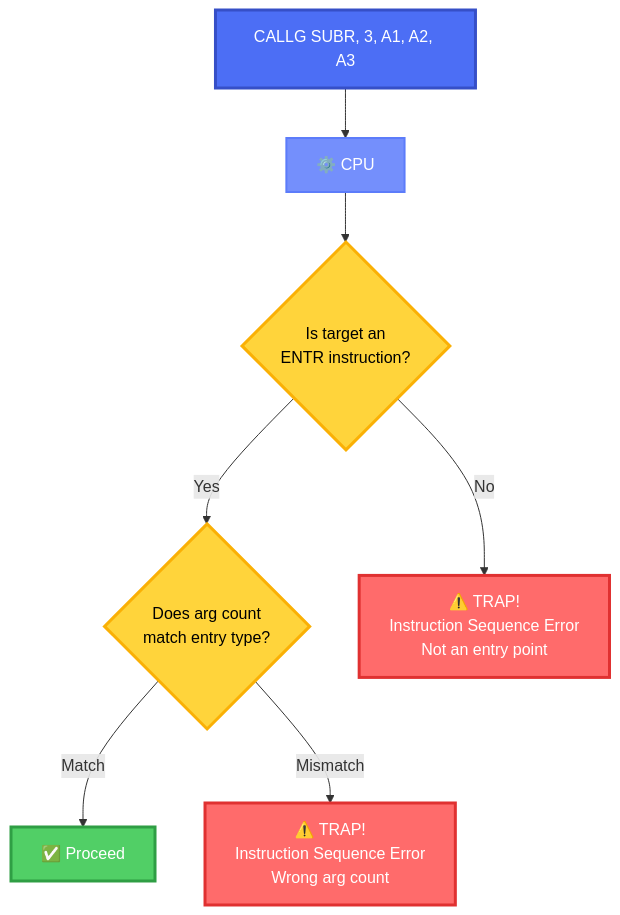
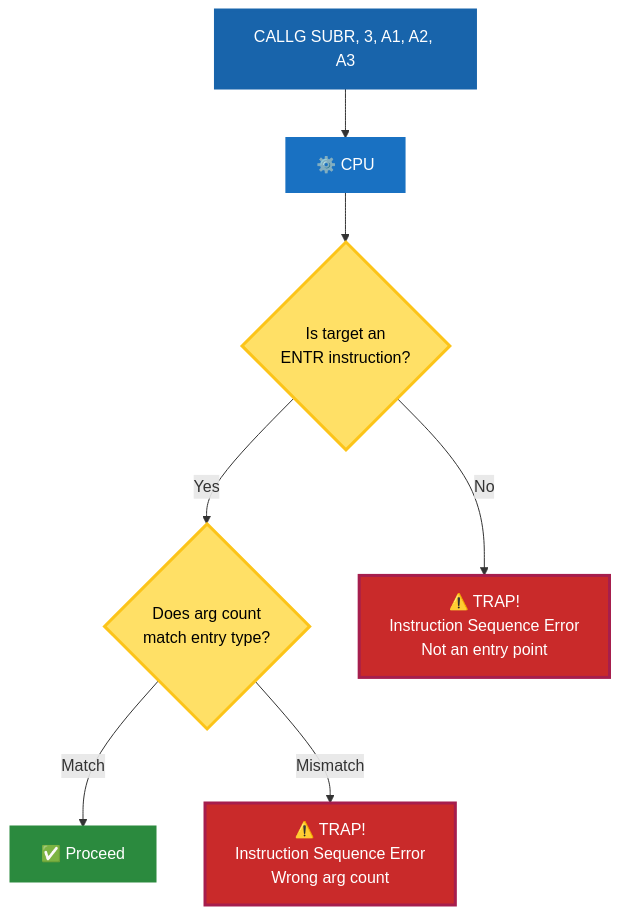
Before and after one commit to RetroCoreLabs/nd500x: diagram 18 of 25 in docs/CALL_and_ENTRY_Points_Explained.md, drawn with Mermaid. The commit also changed other lines of this file, not shown here.

First line of the commit message:
docs: Make Mermaid diagrams WCAG 2.1 Level AA compliant (EAA 2025)

````diff
--- a/docs/CALL_and_ENTRY_Points_Explained.md
+++ b/docs/CALL_and_ENTRY_Points_Explained.md
@@ -838,20 +838,20 @@
 ```mermaid
 graph TD
     Call["CALLG SUBR, 3, A1, A2, A3"] --> CPU["⚙️ CPU"]
 
     CPU --> Check{Is target an<br/>ENTR instruction?}
 
     Check -->|Yes| ArgCheck{Does arg count<br/>match entry type?}
     Check -->|No| ISE1["⚠️ TRAP!<br/>Instruction Sequence Error<br/>Not an entry point"]
 
     ArgCheck -->|Match| OK["✅ Proceed"]
     ArgCheck -->|Mismatch| ISE2["⚠️ TRAP!<br/>Instruction Sequence Error<br/>Wrong arg count"]
 
-    style Call fill:#4c6ef5,stroke:#364fc7,stroke-width:3px,color:#fff
-    style CPU fill:#748ffc,stroke:#5c7cfa,stroke-width:2px,color:#fff
-    style Check fill:#ffd43b,stroke:#fab005,stroke-width:3px,color:#000
-    style ArgCheck fill:#ffd43b,stroke:#fab005,stroke-width:3px,color:#000
-    style ISE1 fill:#ff6b6b,stroke:#e03131,stroke-width:3px,color:#fff
-    style ISE2 fill:#ff6b6b,stroke:#e03131,stroke-width:3px,color:#fff
-    style OK fill:#51cf66,stroke:#2f9e44,stroke-width:3px,color:#fff
+    style Call fill:#1864ab,stroke:#1864ab,stroke-width:3px,color:#fff
+    style CPU fill:#1971c2,stroke:#1971c2,stroke-width:2px,color:#fff
+    style Check fill:#ffe066,stroke:#fcc419,stroke-width:3px,color:#000
+    style ArgCheck fill:#ffe066,stroke:#fcc419,stroke-width:3px,color:#000
+    style ISE1 fill:#c92a2a,stroke:#a61e4d,stroke-width:3px,color:#fff
+    style ISE2 fill:#c92a2a,stroke:#a61e4d,stroke-width:3px,color:#fff
+    style OK fill:#2b8a3e,stroke:#2b8a3e,stroke-width:3px,color:#fff
 ```
````
